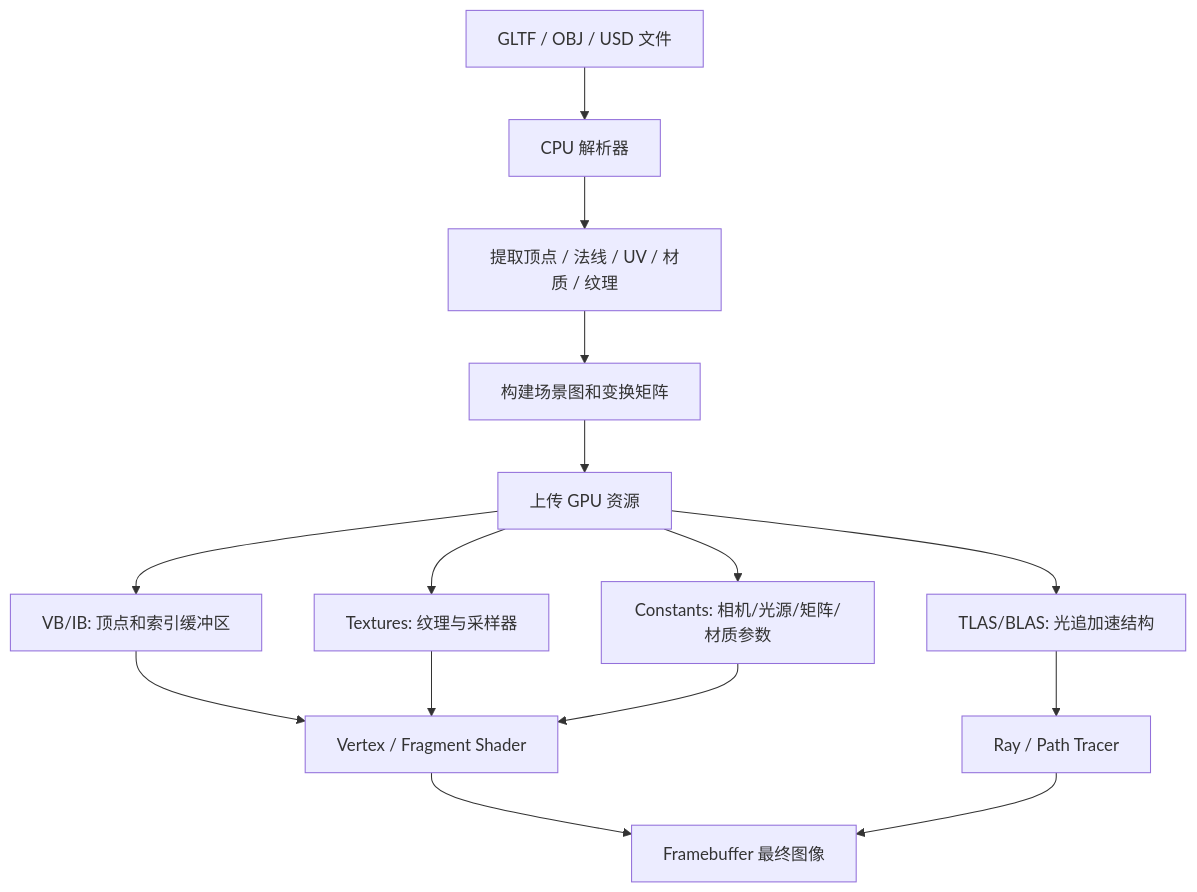
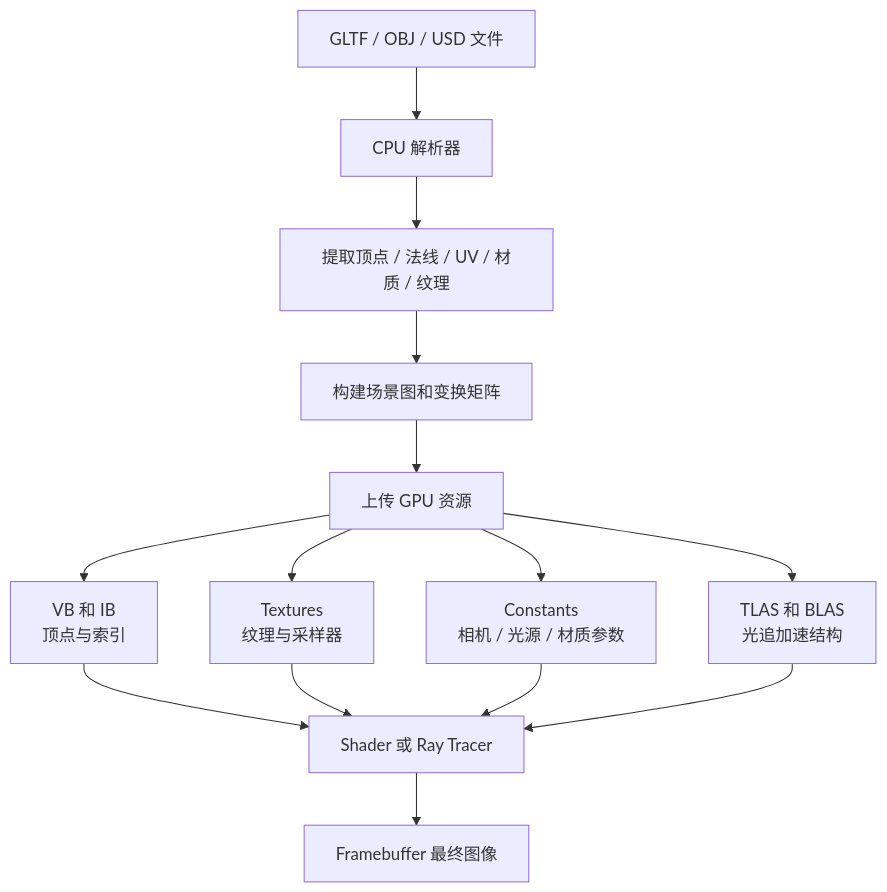
Before and after one commit to SummerS-tars/cg: the second of 4 diagrams in guides/CG-Week10-11-学习指南.md, drawn with Mermaid. The commit also changed other lines of this file and 1 other file, not shown here.

````diff
--- a/guides/CG-Week10-11-学习指南.md
+++ b/guides/CG-Week10-11-学习指南.md
@@ -28,17 +58,16 @@
 ```mermaid
 flowchart TD
-  A[GLTF / OBJ / USD 文件] --> B[CPU 解析器]
-  B --> C[提取顶点 / 法线 / UV / 材质 / 纹理]
-  C --> D[构建场景图和变换矩阵]
-  D --> E[上传 GPU 资源]
-  E --> F1[VB/IB: 顶点和索引缓冲区]
-  E --> F2[Textures: 纹理与采样器]
-  E --> F3[Constants: 相机/光源/矩阵/材质参数]
-  E --> F4[TLAS/BLAS: 光追加速结构]
-  F1 --> G[Vertex / Fragment Shader]
-  F2 --> G
-  F3 --> G
-  F4 --> H[Ray / Path Tracer]
-  G --> I[Framebuffer 最终图像]
-  H --> I
+    A[GLTF / OBJ / USD 文件] --> B[CPU 解析器]
+    B --> C[提取顶点 / 法线 / UV / 材质 / 纹理]
+    C --> D[构建场景图和变换矩阵]
+    D --> E[上传 GPU 资源]
+    E --> F1[VB 和 IB<br/>顶点与索引]
+    E --> F2[Textures<br/>纹理与采样器]
+    E --> F3[Constants<br/>相机 / 光源 / 材质参数]
+    E --> F4[TLAS 和 BLAS<br/>光追加速结构]
+    F1 --> G[Shader 或 Ray Tracer]
+    F2 --> G
+    F3 --> G
+    F4 --> G
+    G --> I[Framebuffer 最终图像]
 ```
````
